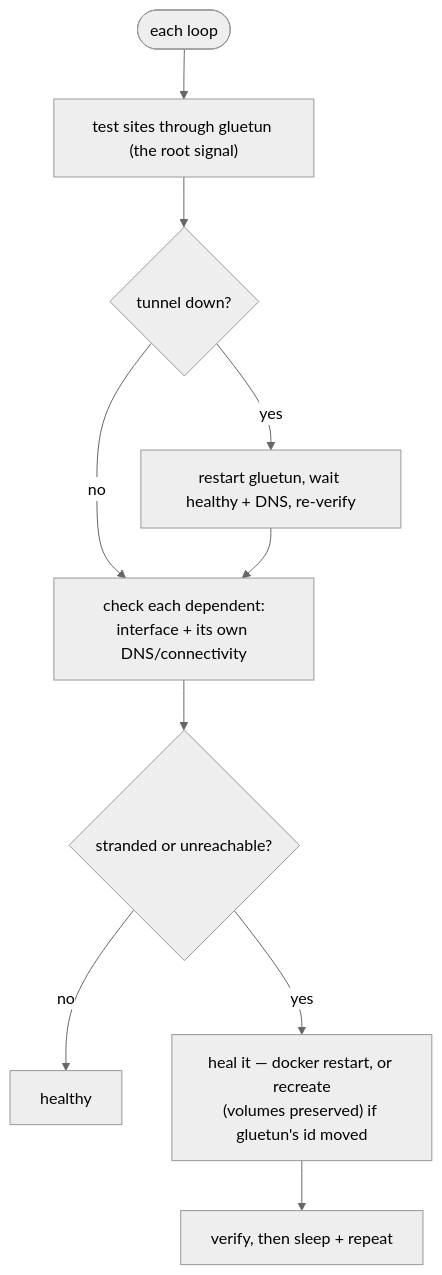
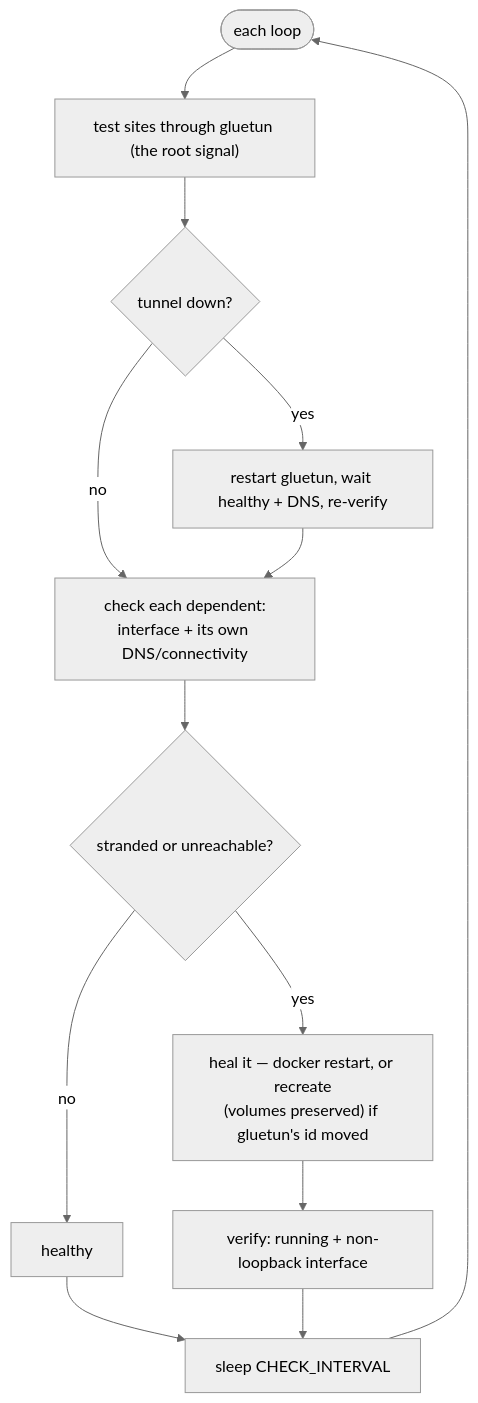
Before and after one commit to csmarshall/gluetun-monitor: the diagram in README.md, drawn with Mermaid (neutral theme).

Commit message:
docs: close the loop in the How-It-Works mermaid (sleep -> each loop)
The per-loop flow now loops back: healthy/verify -> sleep CHECK_INTERVAL -> top,
so the diagram reads as the cycle it is (matching ADR-0006's SLEEP -> L).

````diff
--- a/README.md
+++ b/README.md
@@ -55,12 +55,15 @@
 ```mermaid
 flowchart TD
   L(["each loop"]) --> G["test sites through gluetun (the root signal)"]
   G --> GT{"tunnel down?"}
   GT -- "yes" --> GR["restart gluetun, wait healthy + DNS, re-verify"]
   GT -- "no" --> D["check each dependent:<br/>interface + its own DNS/connectivity"]
   GR --> D
   D --> DT{"stranded or unreachable?"}
   DT -- "no" --> OK["healthy"]
   DT -- "yes" --> R["heal it — docker restart, or recreate<br/>(volumes preserved) if gluetun's id moved"]
-  R --> V["verify, then sleep + repeat"]
+  R --> V["verify: running + non-loopback interface"]
+  OK --> SLEEP["sleep CHECK_INTERVAL"]
+  V --> SLEEP
+  SLEEP --> L
 ```
````
